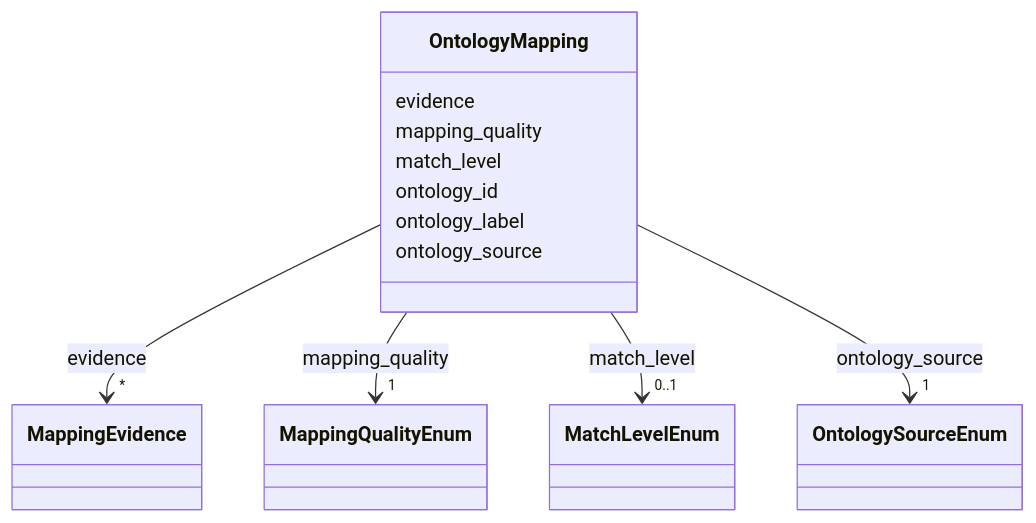
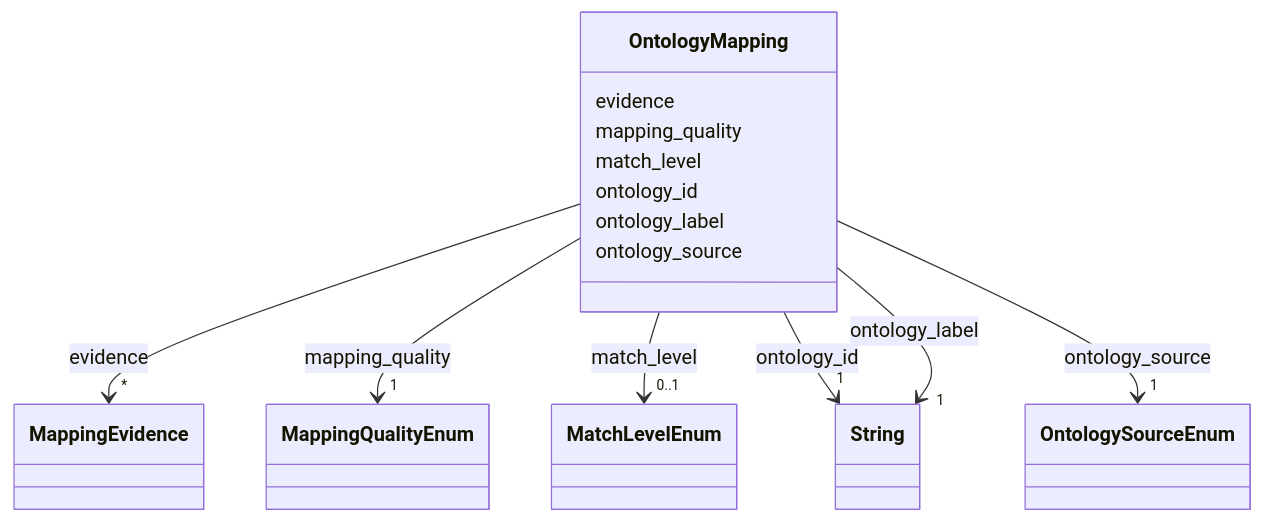
Before and after one commit to CultureBotAI/MediaIngredientMech: the diagram in docs/OntologyMapping.md, drawn with Mermaid. The commit also changed other lines of this file and 87 other files, not shown here.

````diff
--- a/docs/OntologyMapping.md
+++ b/docs/OntologyMapping.md
@@ -18,54 +18,72 @@
 ```mermaid
  classDiagram
     class OntologyMapping
     click OntologyMapping href "../OntologyMapping/"
       OntologyMapping : evidence
         
           
     
         
         
         OntologyMapping --> "*" MappingEvidence : evidence
         click MappingEvidence href "../MappingEvidence/"
     
 
         
       OntologyMapping : mapping_quality
         
           
     
         
         
         OntologyMapping --> "1" MappingQualityEnum : mapping_quality
         click MappingQualityEnum href "../MappingQualityEnum/"
     
 
         
       OntologyMapping : match_level
         
           
     
         
         
         OntologyMapping --> "0..1" MatchLevelEnum : match_level
         click MatchLevelEnum href "../MatchLevelEnum/"
     
 
         
       OntologyMapping : ontology_id
         
+          
+    
+        
+        
+        OntologyMapping --> "1" String : ontology_id
+        click String href "../http://www.w3.org/2001/XMLSchema#string/"
+    
+
+        
       OntologyMapping : ontology_label
+        
+          
+    
+        
+        
+        OntologyMapping --> "1" String : ontology_label
+        click String href "../http://www.w3.org/2001/XMLSchema#string/"
+    
+
         
       OntologyMapping : ontology_source
         
           
     
         
         
         OntologyMapping --> "1" OntologySourceEnum : ontology_source
         click OntologySourceEnum href "../OntologySourceEnum/"
     
 
         
       
 ```
````
